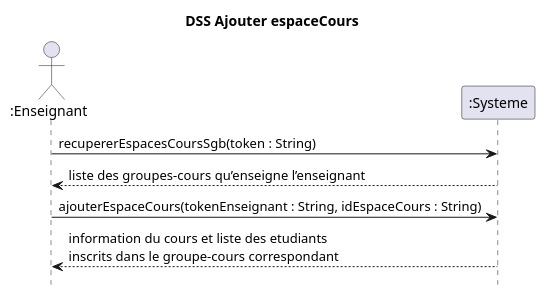
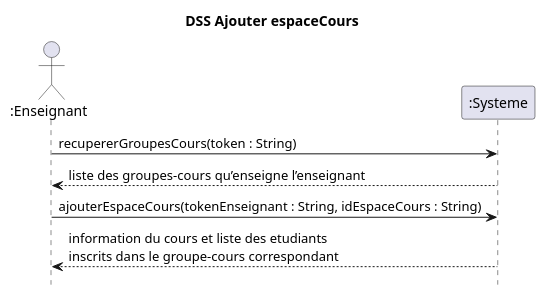
One commit to nerdz88/SGA-TS changed the diagram in docs/Ajouter cours/DSS_Ajouter_Cours.puml. Above: the diagram before and after it, drawn with PlantUML. The commit also changed 17 other files, not shown here.

```diff
--- a/docs/Ajouter cours/DSS_Ajouter_Cours.puml
+++ b/docs/Ajouter cours/DSS_Ajouter_Cours.puml
@@ -1,11 +1,14 @@
 @startuml DSS_Ajouter_Cours_Succes
 title DSS Ajouter espaceCours
 hide footbox
 actor ":Enseignant" as prof
 participant ":Systeme" as sys
 
-prof -> sys : recupererEspacesCoursSgb(token : String)
+' Lionel: Dans le SGB c'est juste des cours/groupes cours
+' Alors: recupererEspacesCoursSgb => recupererGroupesCours
+' Pas besoin de spécifier SGB pcq on n'a pas de GroupesCours dans le SGA 
+prof -> sys : recupererGroupesCours(token : String)
 sys --> prof : liste des groupes-cours qu’enseigne l’enseignant
 prof -> sys : ajouterEspaceCours(tokenEnseignant : String, idEspaceCours : String)
 sys --> prof : information du cours et liste des etudiants\ninscrits dans le groupe-cours correspondant
 @enduml
```
